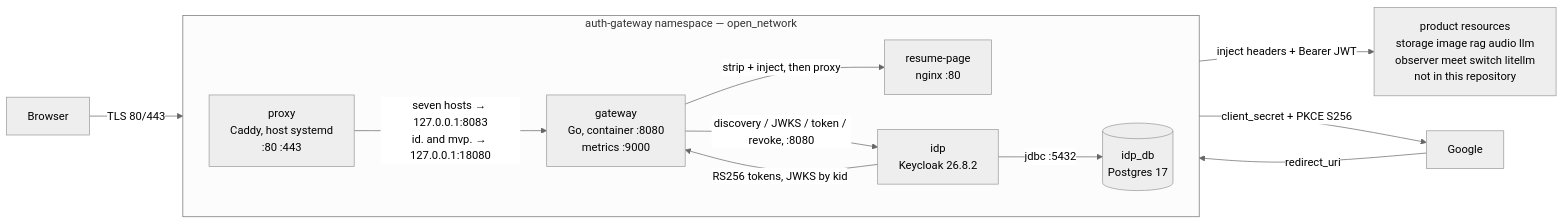
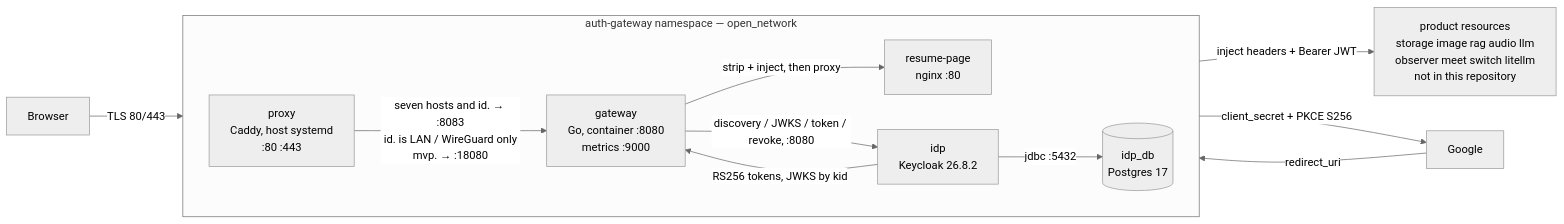
One commit to Aleshka5/Open-Storage changed the diagram in docs/auth-gateway/init.md. Above: the diagram before and after it, drawn with Mermaid (neutral theme). The commit also changed other lines of this file and 33 other files, not shown here.

````diff
--- a/docs/auth-gateway/init.md
+++ b/docs/auth-gateway/init.md
@@ -9,26 +9,26 @@
 ```mermaid
 flowchart LR
   B["Browser"]
   GO["Google"]
 
   subgraph NS["auth-gateway namespace — open_network"]
     direction LR
     P["proxy<br/>Caddy, host systemd<br/>:80 :443"]
     G["gateway<br/>Go, container :8080<br/>metrics :9000"]
     I["idp<br/>Keycloak 26.8.2"]
     D[("idp_db<br/>Postgres 17")]
     R["resume-page<br/>nginx :80"]
   end
 
   PR["product resources<br/>storage image rag audio llm<br/>observer meet switch litellm<br/>not in this repository"]
 
   B -->|"TLS 80/443"| P
-  P -->|"seven hosts → 127.0.0.1:8083<br/>id. and mvp. → 127.0.0.1:18080"| G
+  P -->|"seven hosts and id. → :8083<br/>id. is LAN / WireGuard only<br/>mvp. → :18080"| G
   G -->|"strip + inject, then proxy"| R
   G -->|"inject headers + Bearer JWT"| PR
   G -->|"discovery / JWKS / token / revoke, :8080"| I
   I -->|"RS256 tokens, JWKS by kid"| G
   I -->|"jdbc :5432"| D
   I -->|"client_secret + PKCE S256"| GO
   GO -->|"redirect_uri"| I
 ```
````
